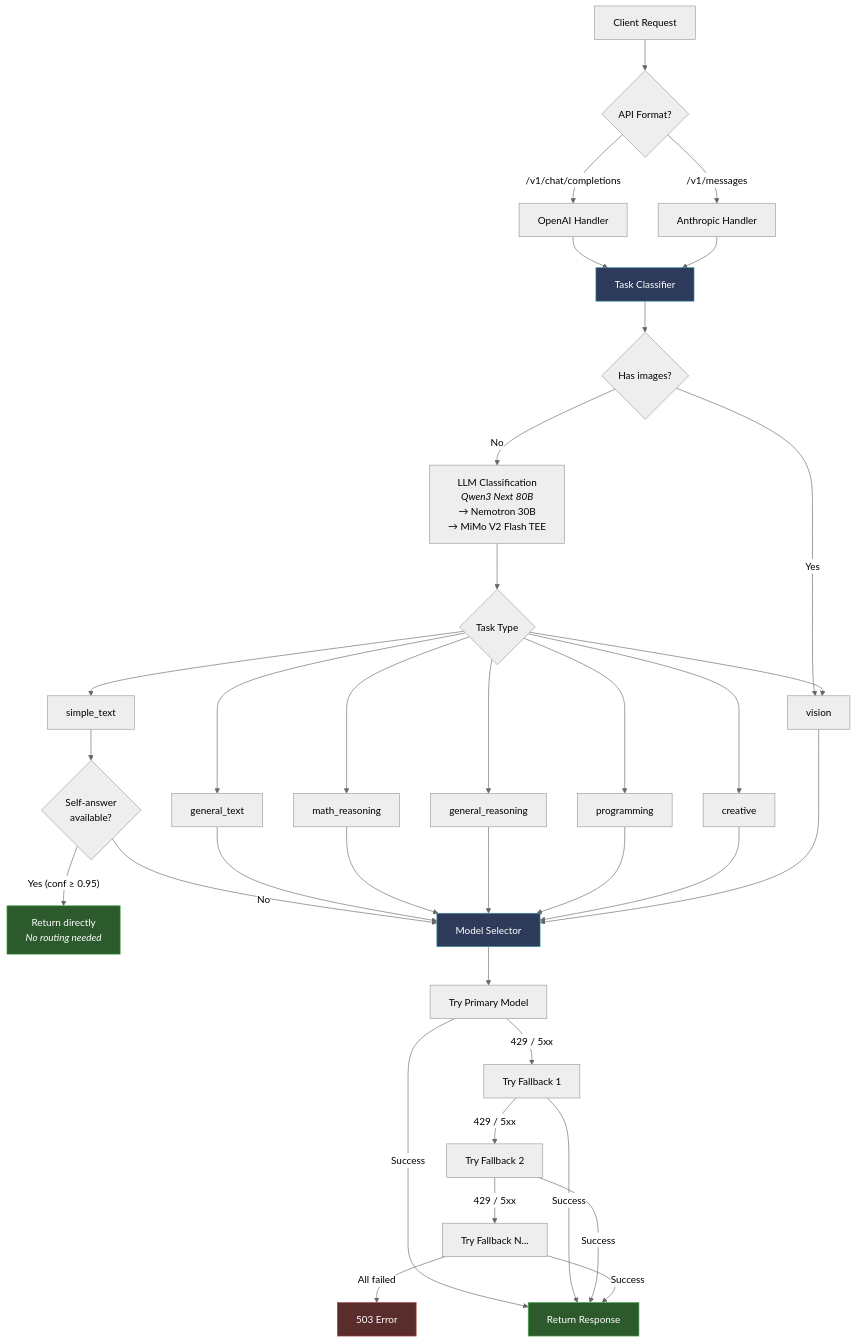
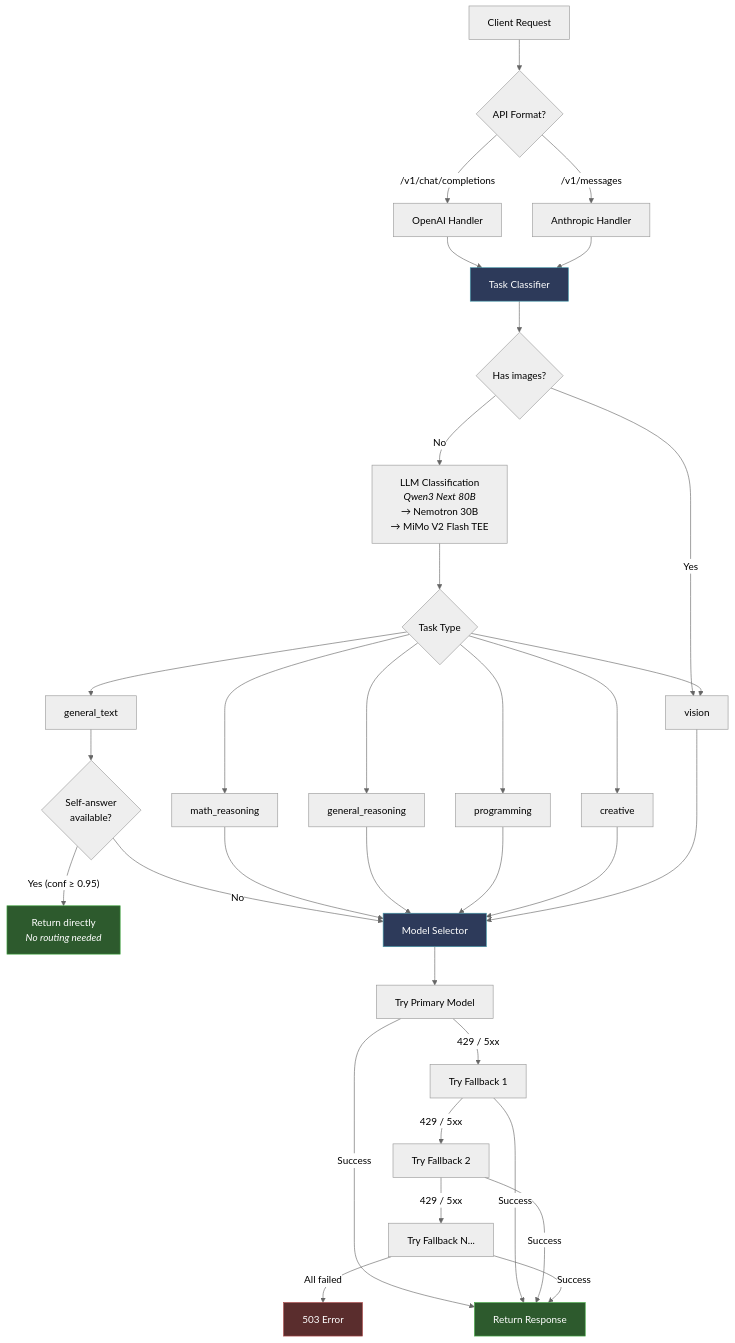
The first of 2 diagrams in README.md (chutesai/model-router), drawn with Mermaid (neutral theme) before and after one commit. The commit also changed other lines of this file and 3 other files, not shown here.

````diff
--- a/README.md
+++ b/README.md
@@ -138,48 +137,45 @@
 ```mermaid
 flowchart TD
     A["Client Request"] --> B{"API Format?"}
     B -->|"/v1/chat/completions"| C["OpenAI Handler"]
     B -->|"/v1/messages"| D["Anthropic Handler"]
     C --> E["Task Classifier"]
     D --> E
 
     E --> F{"Has images?"}
     F -->|Yes| G["vision"]
     F -->|No| L["LLM Classification<br/><i>Qwen3 Next 80B</i><br/>→ Nemotron 30B<br/>→ MiMo V2 Flash TEE"]
 
     L --> M{"Task Type"}
-    M --> I["simple_text"]
     M --> N["general_text"]
     M --> O["math_reasoning"]
     M --> K["general_reasoning"]
     M --> J["programming"]
     M --> P["creative"]
     M --> G
 
-    I --> Q{"Self-answer<br/>available?"}
+    N --> Q{"Self-answer<br/>available?"}
     Q -->|"Yes (conf ≥ 0.95)"| R["Return directly<br/><i>No routing needed</i>"]
     Q -->|No| S["Model Selector"]
-
-    N --> S
     O --> S
     K --> S
     J --> S
     P --> S
     G --> S
 
     S --> T["Try Primary Model"]
     T -->|"429 / 5xx"| U["Try Fallback 1"]
     U -->|"429 / 5xx"| V["Try Fallback 2"]
     V -->|"429 / 5xx"| W["Try Fallback N..."]
     W -->|"All failed"| X["503 Error"]
     T -->|"Success"| Y["Return Response"]
     U -->|"Success"| Y
     V -->|"Success"| Y
     W -->|"Success"| Y
 
     style R fill:#2d5a2d,stroke:#4a4,color:#fff
     style Y fill:#2d5a2d,stroke:#4a4,color:#fff
     style X fill:#5a2d2d,stroke:#a44,color:#fff
     style E fill:#2d3a5a,stroke:#49a,color:#fff
     style S fill:#2d3a5a,stroke:#49a,color:#fff
 ```
````
